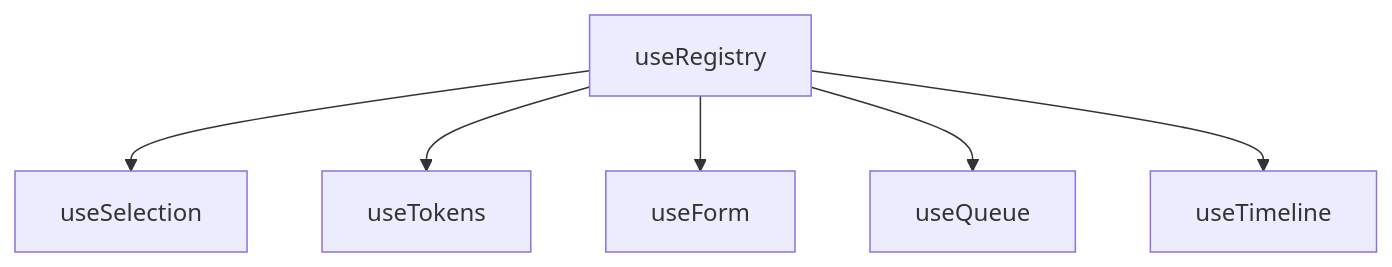
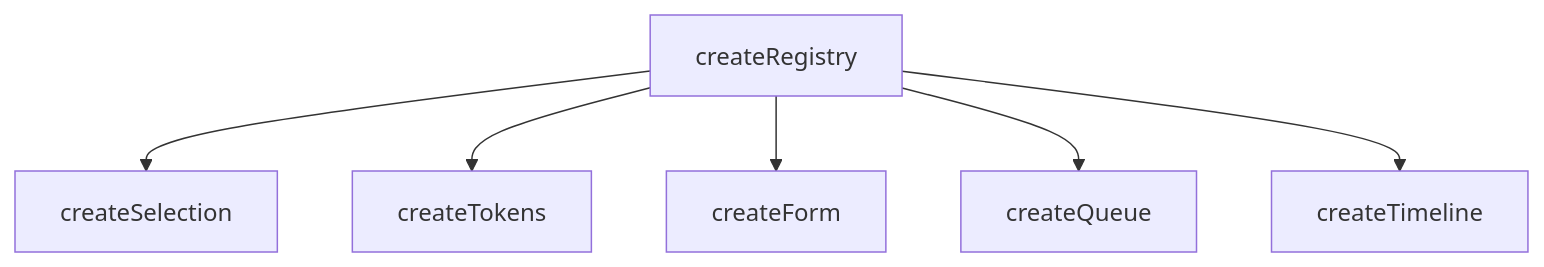
Before and after one commit to vuetifyjs/0: the diagram in apps/docs/src/pages/composables/registration/create-registry.md, drawn with Mermaid. The commit also changed other lines of this file and 33 other files, not shown here.

First line of the commit message:
refactor: rename useTokens to createTokens and audit docs

````diff
--- a/apps/docs/src/pages/composables/registration/create-registry.md
+++ b/apps/docs/src/pages/composables/registration/create-registry.md
@@ -46,8 +46,8 @@
 ```mermaid "Registry Hierarchy"
 flowchart TD
-  useRegistry --> useSelection
-  useRegistry --> useTokens
-  useRegistry --> useForm
-  useRegistry --> useQueue
-  useRegistry --> useTimeline
+  createRegistry --> createSelection
+  createRegistry --> createTokens
+  createRegistry --> createForm
+  createRegistry --> createQueue
+  createRegistry --> createTimeline
 ```
````
